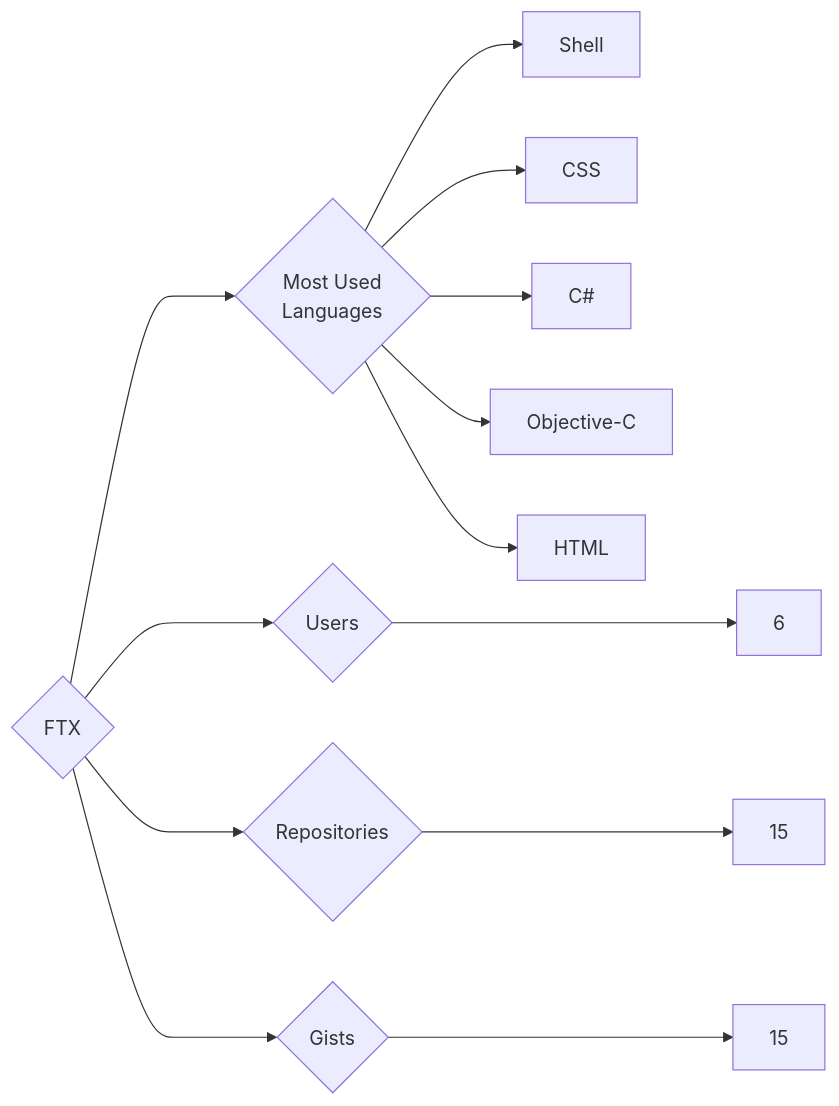
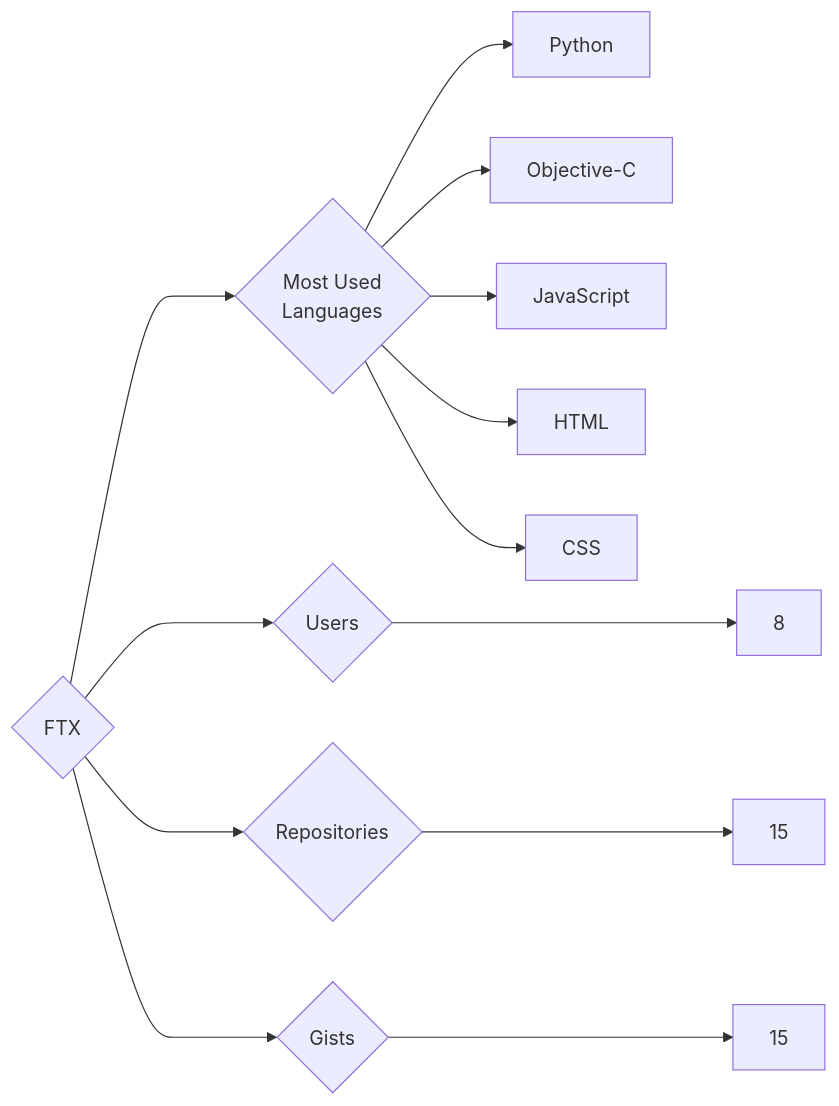
Before and after one commit to trickest/insiders: the diagram in targets/FTX/README.md, drawn with Mermaid. The commit also changed 857 other files, not shown here.

````diff
--- a/targets/FTX/README.md
+++ b/targets/FTX/README.md
@@ -3,13 +3,13 @@
 ```mermaid
 graph LR
 COMPANY_NAME{FTX}
-COMPANY_NAME ---> U{Users} ---> UN[6]
+COMPANY_NAME ---> U{Users} ---> UN[8]
 COMPANY_NAME ---> R{Repositories} ---> RN[15]
 COMPANY_NAME ---> G{Gists} ---> GN[15]
 COMPANY_NAME ---> ML{Most Used<br>Languages}
-ML --> Shell[Shell]
+ML --> Python[Python]
+ML --> Objective-C[Objective-C]
+ML --> JavaScript[JavaScript]
+ML --> HTML[HTML]
 ML --> CSS[CSS]
-ML --> C#[C#]
-ML --> Objective-C[Objective-C]
-ML --> HTML[HTML]
 ```
````
